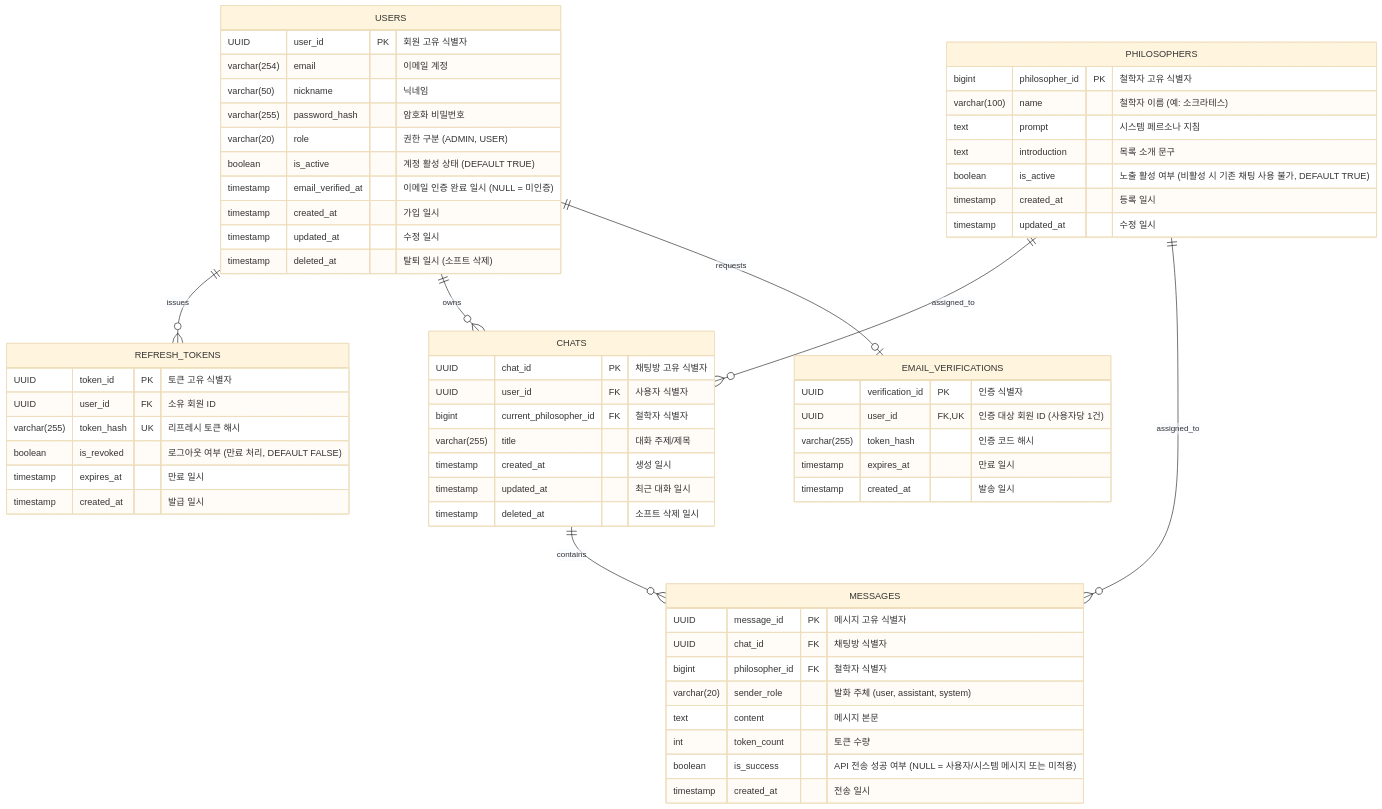
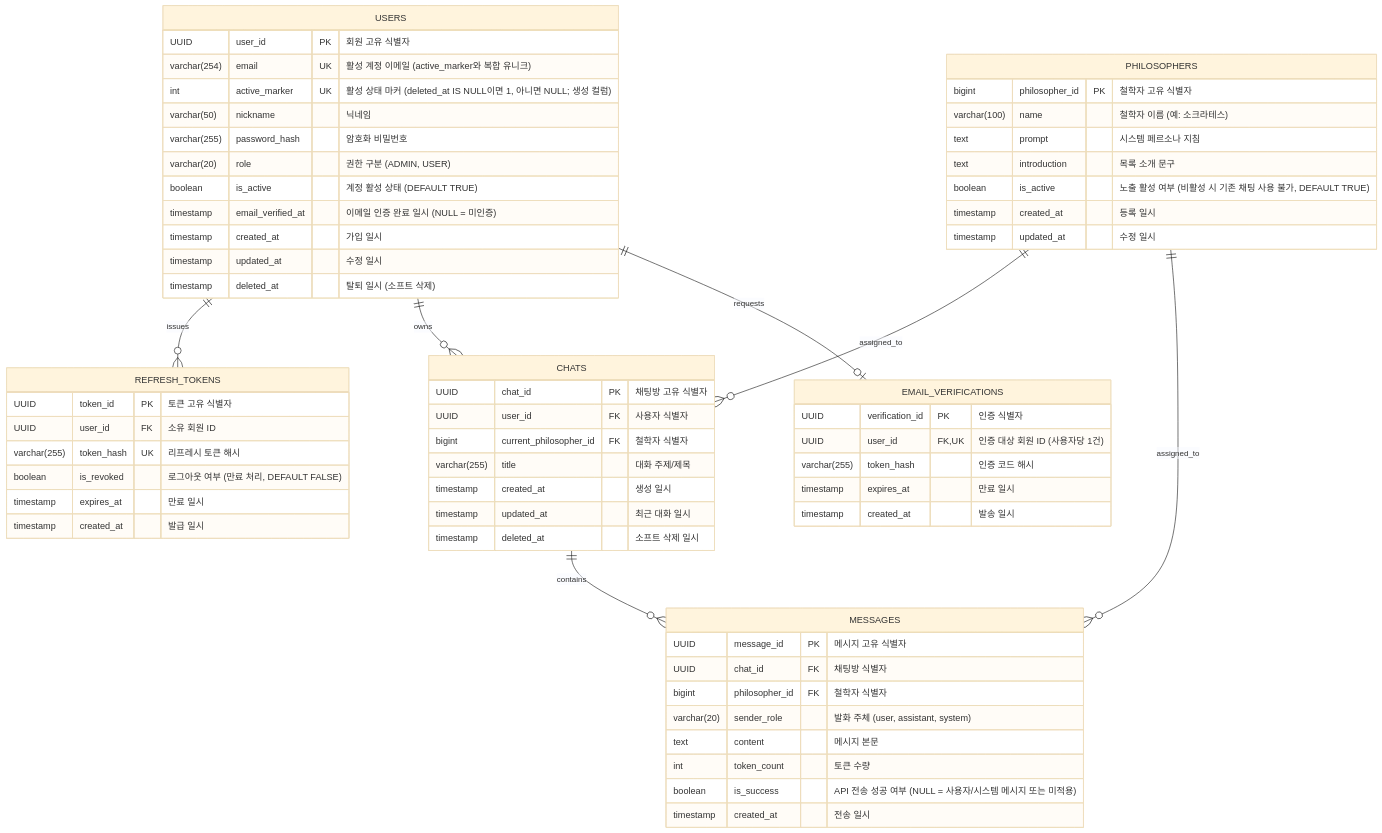
One commit to cody-b7-1/b7-1 changed the diagram in docs/erd.md. Above: the diagram before and after it, drawn with Mermaid (base theme). The commit also changed 2 other files, not shown here.

Commit message:
fix: 회원 탈퇴 고려 uk 추가

````diff
--- a/docs/erd.md
+++ b/docs/erd.md
@@ -3,70 +3,71 @@
 ```mermaid
 erDiagram
     USERS ||--o{ REFRESH_TOKENS : "issues"
     USERS ||--o{ CHATS : "owns"
     USERS ||--o| EMAIL_VERIFICATIONS : "requests"
     PHILOSOPHERS ||--o{ CHATS : "assigned_to"
     PHILOSOPHERS ||--o{ MESSAGES : "assigned_to"
     CHATS ||--o{ MESSAGES : "contains"
 
     USERS {
         UUID user_id PK "회원 고유 식별자"
-        varchar(254) email "이메일 계정"
+        varchar(254) email UK "활성 계정 이메일 (active_marker와 복합 유니크)"
+        int active_marker UK "활성 상태 마커 (deleted_at IS NULL이면 1, 아니면 NULL; 생성 컬럼)"
         varchar(50) nickname "닉네임"
         varchar(255) password_hash "암호화 비밀번호"
         varchar(20) role "권한 구분 (ADMIN, USER)"
         boolean is_active "계정 활성 상태 (DEFAULT TRUE)"
         timestamp email_verified_at "이메일 인증 완료 일시 (NULL = 미인증)"
         timestamp created_at "가입 일시"
         timestamp updated_at "수정 일시"
         timestamp deleted_at "탈퇴 일시 (소프트 삭제)"
     }
 
     EMAIL_VERIFICATIONS {
         UUID verification_id PK "인증 식별자"
         UUID user_id FK, UK "인증 대상 회원 ID (사용자당 1건)"
         varchar(255) token_hash "인증 코드 해시"
         timestamp expires_at "만료 일시"
         timestamp created_at "발송 일시"
     }
 
     REFRESH_TOKENS {
         UUID token_id PK "토큰 고유 식별자"
         UUID user_id FK "소유 회원 ID"
         varchar(255) token_hash UK "리프레시 토큰 해시"
         boolean is_revoked "로그아웃 여부 (만료 처리, DEFAULT FALSE)"
         timestamp expires_at "만료 일시"
         timestamp created_at "발급 일시"
     }
 
     PHILOSOPHERS {
         bigint philosopher_id PK "철학자 고유 식별자"
         varchar(100) name "철학자 이름 (예: 소크라테스)"
         text prompt "시스템 페르소나 지침"
         text introduction "목록 소개 문구"
         boolean is_active "노출 활성 여부 (비활성 시 기존 채팅 사용 불가, DEFAULT TRUE)"
         timestamp created_at "등록 일시"
         timestamp updated_at "수정 일시"
     }
 
     CHATS {
         UUID chat_id PK "채팅방 고유 식별자"
         UUID user_id FK "사용자 식별자"
         bigint current_philosopher_id FK "철학자 식별자"
         varchar(255) title "대화 주제/제목"
         timestamp created_at "생성 일시"
         timestamp updated_at "최근 대화 일시"
         timestamp deleted_at "소프트 삭제 일시"
     }
 
     MESSAGES {
         UUID message_id PK "메시지 고유 식별자"
         UUID chat_id FK "채팅방 식별자"
         bigint philosopher_id FK "철학자 식별자"
         varchar(20) sender_role "발화 주체 (user, assistant, system)"
         text content "메시지 본문"
         int token_count "토큰 수량"
         boolean is_success "API 전송 성공 여부 (NULL = 사용자/시스템 메시지 또는 미적용)"
         timestamp created_at "전송 일시"
     }
 ```
````
